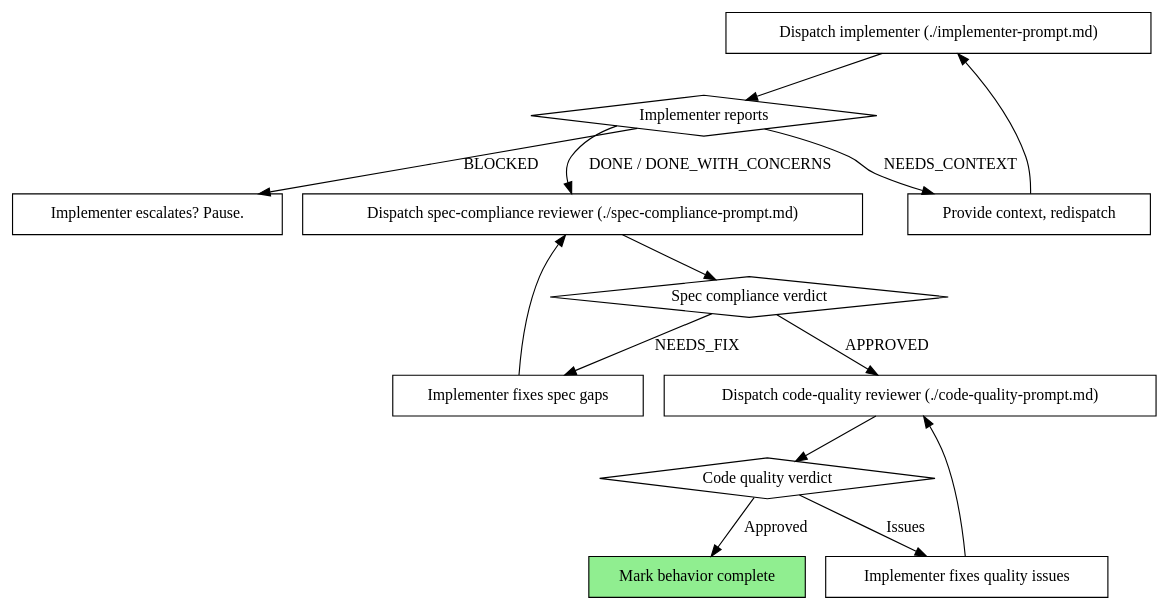
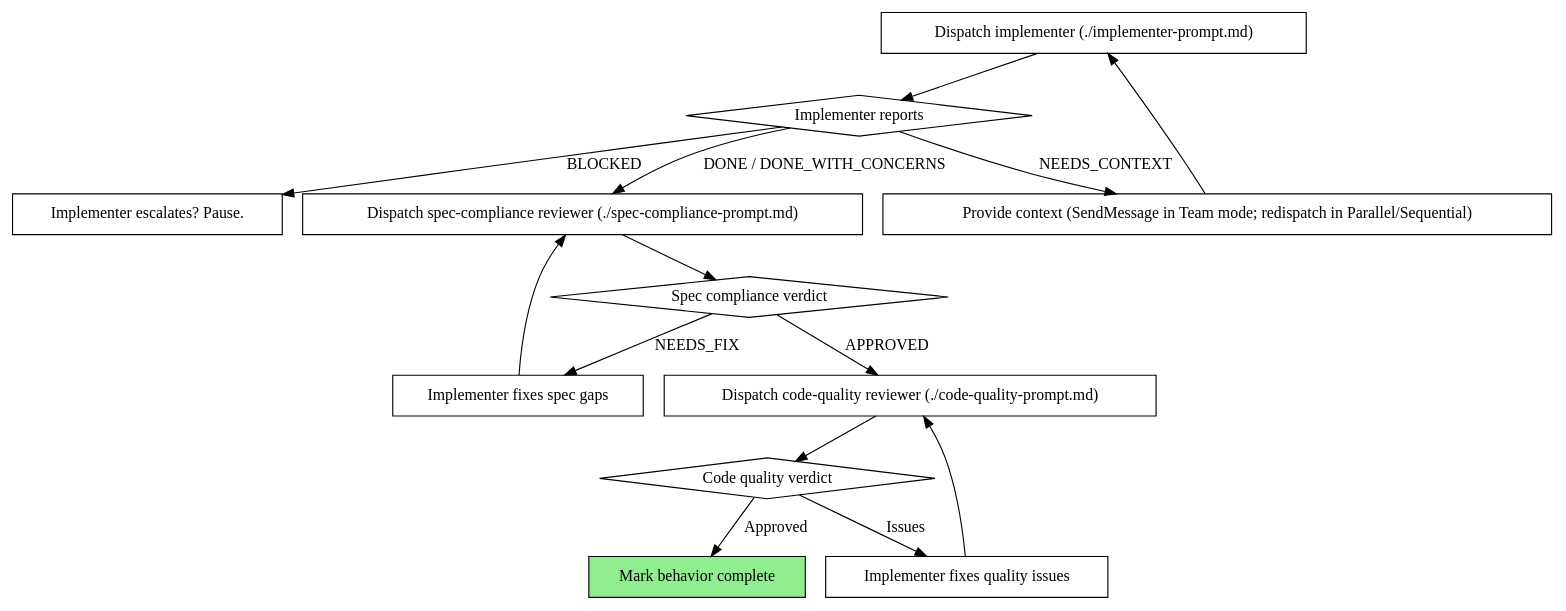
The diagram in plugins/wovenflow/skills/subflow/SKILL.md (wovenflow/wovenflow), drawn with Graphviz before and after one commit. The commit also changed other lines of this file and 4 other files, not shown here.

````diff
--- a/plugins/wovenflow/skills/subflow/SKILL.md
+++ b/plugins/wovenflow/skills/subflow/SKILL.md
@@ -179,30 +305,30 @@
 ```dot
 digraph build_per_behavior {
   rankdir=TB;
   "Dispatch implementer (./implementer-prompt.md)" [shape=box];
   "Implementer reports" [shape=diamond];
-  "Provide context, redispatch" [shape=box];
+  "Provide context (SendMessage in Team mode; redispatch in Parallel/Sequential)" [shape=box];
   "Implementer escalates? Pause." [shape=box];
   "Implementer fixes spec gaps" [shape=box];
   "Dispatch spec-compliance reviewer (./spec-compliance-prompt.md)" [shape=box];
   "Spec compliance verdict" [shape=diamond];
   "Dispatch code-quality reviewer (./code-quality-prompt.md)" [shape=box];
   "Code quality verdict" [shape=diamond];
   "Implementer fixes quality issues" [shape=box];
   "Mark behavior complete" [shape=box style=filled fillcolor=lightgreen];
 
   "Dispatch implementer (./implementer-prompt.md)" -> "Implementer reports";
-  "Implementer reports" -> "Provide context, redispatch" [label="NEEDS_CONTEXT"];
-  "Provide context, redispatch" -> "Dispatch implementer (./implementer-prompt.md)";
+  "Implementer reports" -> "Provide context (SendMessage in Team mode; redispatch in Parallel/Sequential)" [label="NEEDS_CONTEXT"];
+  "Provide context (SendMessage in Team mode; redispatch in Parallel/Sequential)" -> "Dispatch implementer (./implementer-prompt.md)";
   "Implementer reports" -> "Implementer escalates? Pause." [label="BLOCKED"];
   "Implementer reports" -> "Dispatch spec-compliance reviewer (./spec-compliance-prompt.md)" [label="DONE / DONE_WITH_CONCERNS"];
   "Dispatch spec-compliance reviewer (./spec-compliance-prompt.md)" -> "Spec compliance verdict";
   "Spec compliance verdict" -> "Implementer fixes spec gaps" [label="NEEDS_FIX"];
   "Implementer fixes spec gaps" -> "Dispatch spec-compliance reviewer (./spec-compliance-prompt.md)";
   "Spec compliance verdict" -> "Dispatch code-quality reviewer (./code-quality-prompt.md)" [label="APPROVED"];
   "Dispatch code-quality reviewer (./code-quality-prompt.md)" -> "Code quality verdict";
   "Code quality verdict" -> "Implementer fixes quality issues" [label="Issues"];
   "Implementer fixes quality issues" -> "Dispatch code-quality reviewer (./code-quality-prompt.md)";
   "Code quality verdict" -> "Mark behavior complete" [label="Approved"];
 }
 ```
````
